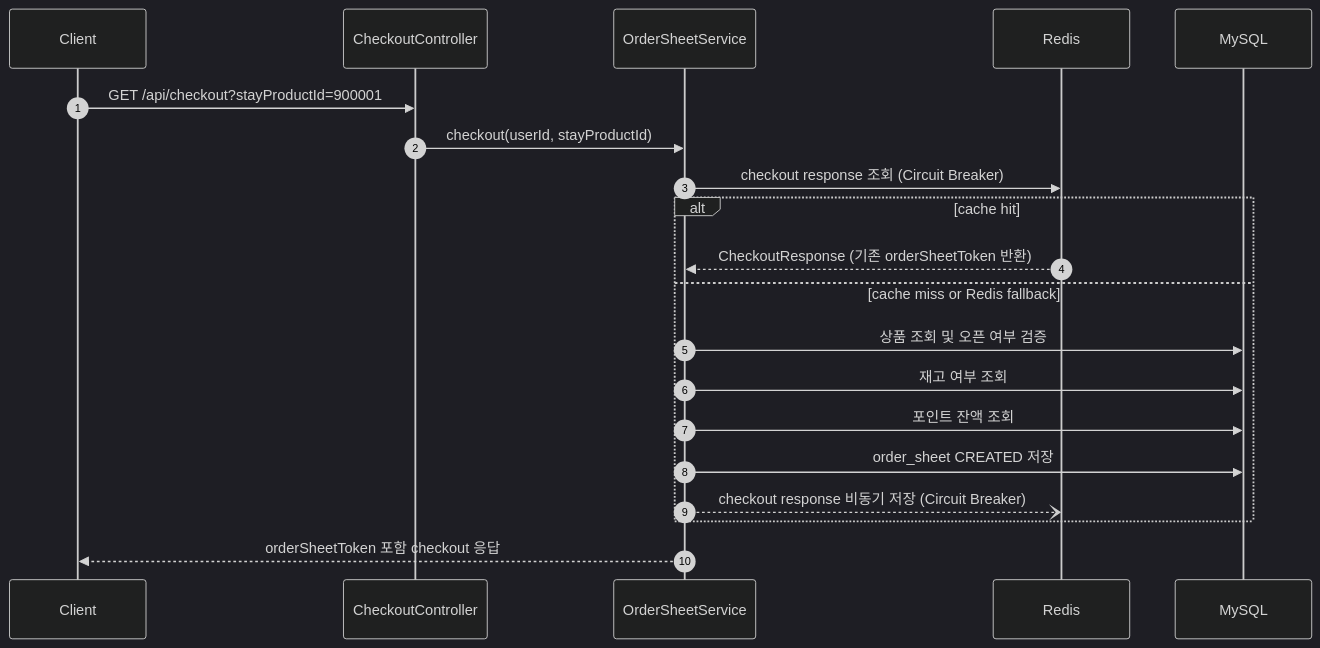
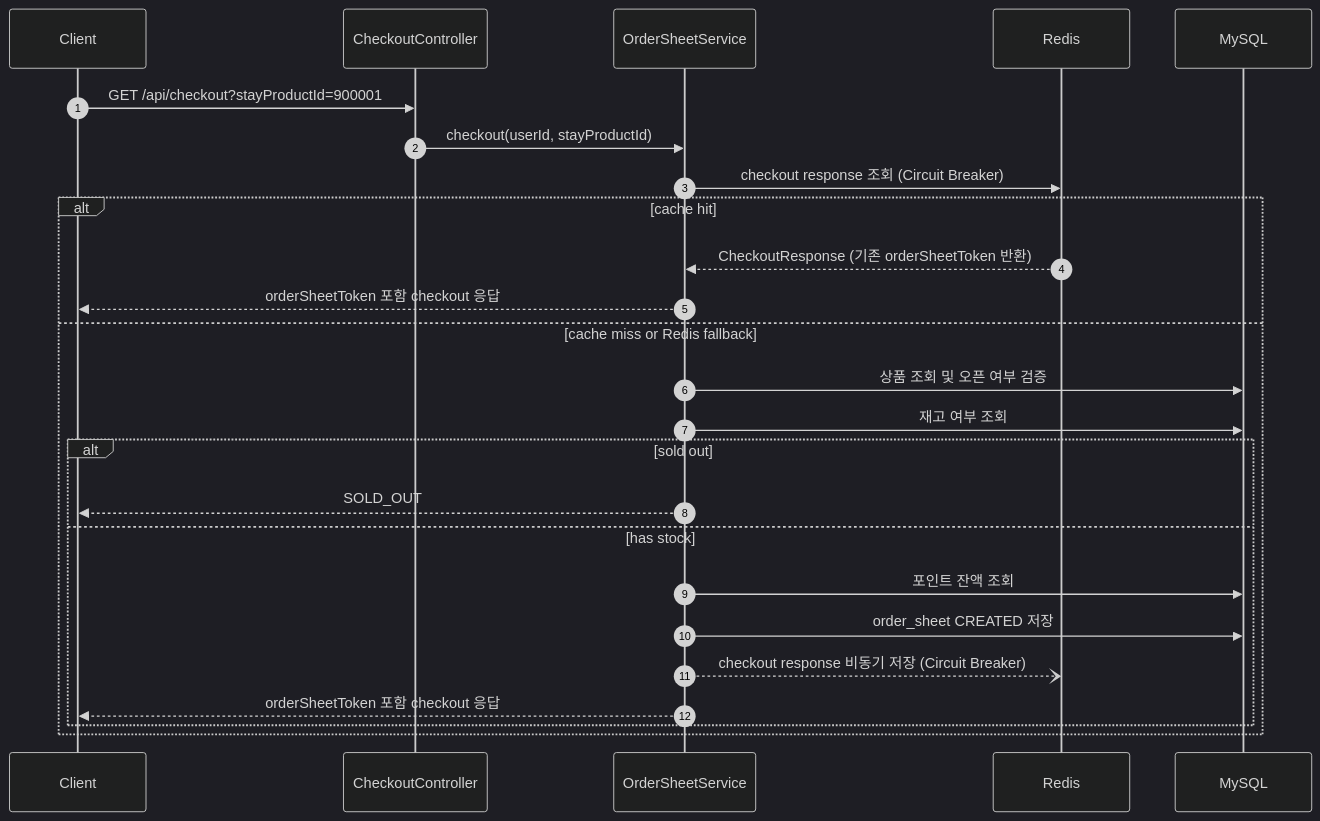
One commit to mrpark219/no-more-oversell changed the first of 3 diagrams in README.md. Above: the diagram before and after it, drawn with Mermaid (dark theme). The commit also changed other lines of this file and 5 other files, not shown here.

````diff
--- a/README.md
+++ b/README.md
@@ -240,23 +267,28 @@
 ```mermaid
 sequenceDiagram
     autonumber
     participant Client
     participant CheckoutController
     participant OrderSheetService
     participant Redis
     participant MySQL
 
     Client ->> CheckoutController: GET /api/checkout?stayProductId=900001
     CheckoutController ->> OrderSheetService: checkout(userId, stayProductId)
     OrderSheetService ->> Redis: checkout response 조회 (Circuit Breaker)
     alt cache hit
         Redis -->> OrderSheetService: CheckoutResponse (기존 orderSheetToken 반환)
+        OrderSheetService -->> Client: orderSheetToken 포함 checkout 응답
     else cache miss or Redis fallback
         OrderSheetService ->> MySQL: 상품 조회 및 오픈 여부 검증
         OrderSheetService ->> MySQL: 재고 여부 조회
-        OrderSheetService ->> MySQL: 포인트 잔액 조회
-        OrderSheetService ->> MySQL: order_sheet CREATED 저장
-        OrderSheetService --) Redis: checkout response 비동기 저장 (Circuit Breaker)
+        alt sold out
+            OrderSheetService -->> Client: SOLD_OUT
+        else has stock
+            OrderSheetService ->> MySQL: 포인트 잔액 조회
+            OrderSheetService ->> MySQL: order_sheet CREATED 저장
+            OrderSheetService --) Redis: checkout response 비동기 저장 (Circuit Breaker)
+            OrderSheetService -->> Client: orderSheetToken 포함 checkout 응답
+        end
     end
-    OrderSheetService -->> Client: orderSheetToken 포함 checkout 응답
 ```
````
